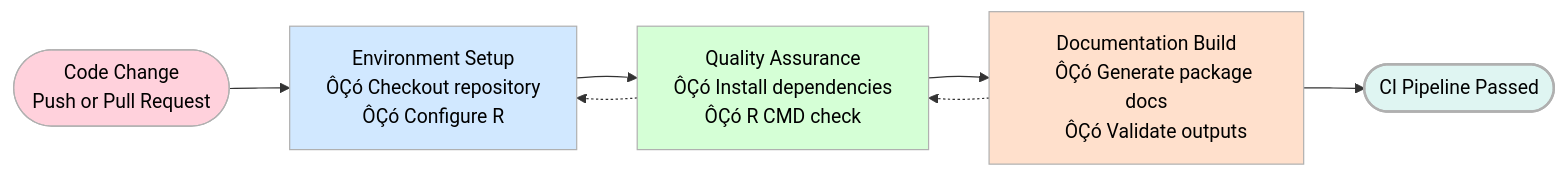
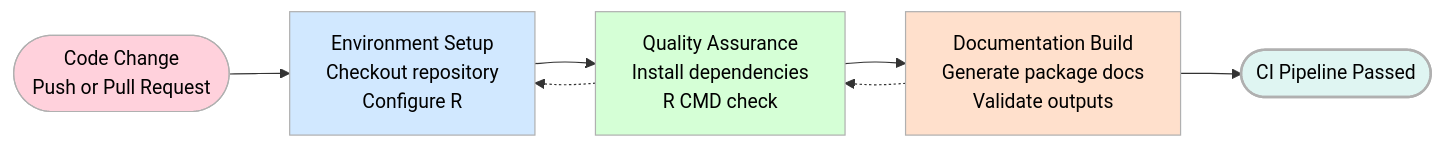
Before and after one commit to Digital-Future-Institute/CoARA: the third of 3 diagrams in 1.4-Open-Science-Workflows-and-Tools-for-Researchers.md, drawn with Mermaid. The commit also changed other lines of this file, not shown here.

````diff
--- a/1.4-Open-Science-Workflows-and-Tools-for-Researchers.md
+++ b/1.4-Open-Science-Workflows-and-Tools-for-Researchers.md
@@ -254,43 +254,43 @@
 ```mermaid
 flowchart LR
 
     A([Code Change
     Push or Pull Request])
 
     B["Environment Setup
-    ÔÇó Checkout repository
-    ÔÇó Configure R"]
+     Checkout repository
+     Configure R"]
 
     C["Quality Assurance
-    ÔÇó Install dependencies
-    ÔÇó R CMD check"]
+     Install dependencies
+     R CMD check"]
 
     D["Documentation Build
-    ÔÇó Generate package docs
-    ÔÇó Validate outputs"]
+     Generate package docs
+     Validate outputs"]
 
     E([CI Pipeline Passed])
 
     %% Main flow
     A --> B
     B --> C
     C --> D
     D --> E
 
     %% Feedback loops
     C -.-> B
     D -.-> C
 
     %% Styling
     classDef pink fill:#FFD1DC,stroke:#B0B0B0,color:#000;
     classDef blue fill:#D1E8FF,stroke:#B0B0B0,color:#000;
     classDef green fill:#D5FFD6,stroke:#B0B0B0,color:#000;
     classDef orange fill:#FFE0CC,stroke:#B0B0B0,color:#000;
     classDef aqua fill:#DFF5F2,stroke:#B0B0B0,color:#000,stroke-width:2px;
 
     class A pink
     class B blue
     class C green
     class D orange
     class E aqua
 ```
````
